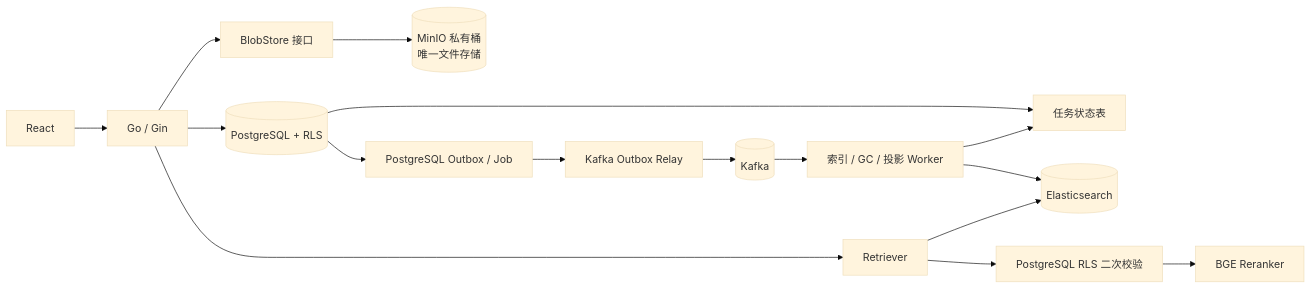
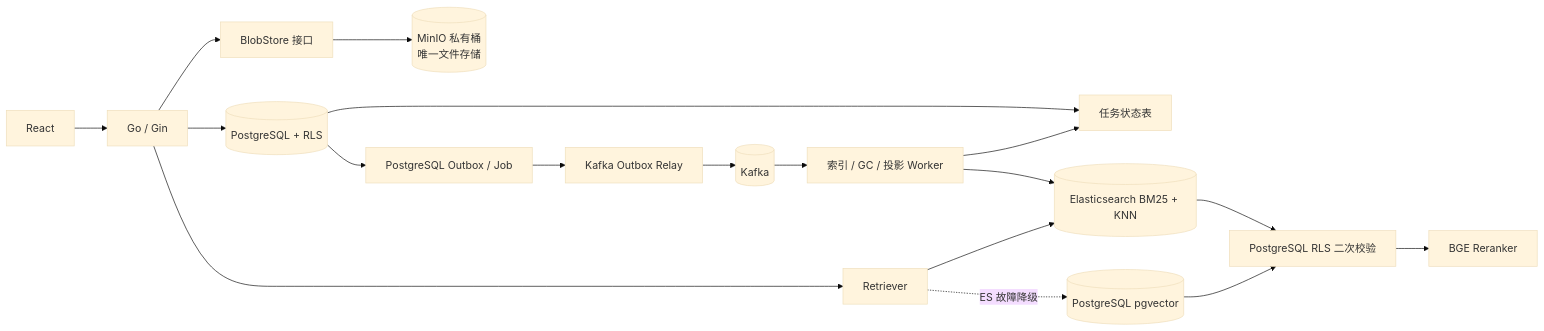
The diagram in docs/INFRASTRUCTURE_EVOLUTION.md (Diving-Di/Cortex), drawn with Mermaid (base theme) before and after one commit. The commit also changed other lines of this file and 14 other files, not shown here.

````diff
--- a/docs/INFRASTRUCTURE_EVOLUTION.md
+++ b/docs/INFRASTRUCTURE_EVOLUTION.md
@@ -30,20 +30,22 @@
 ```mermaid
 flowchart LR
     UI[React] --> API[Go / Gin]
     API --> PG[(PostgreSQL + RLS)]
     API --> BS[BlobStore 接口]
     BS --> MINIO[(MinIO 私有桶<br/>唯一文件存储)]
 
     PG --> OUTBOX[PostgreSQL Outbox / Job]
     PG --> JOBS[任务状态表]
     OUTBOX --> RELAY[Kafka Outbox Relay]
     RELAY --> KAFKA[(Kafka)]
     KAFKA --> WORKER[索引 / GC / 投影 Worker]
     WORKER --> JOBS
 
-    WORKER --> ES[(Elasticsearch)]
+    WORKER --> ES[(Elasticsearch BM25 + KNN)]
     API --> RETRIEVE[Retriever]
     RETRIEVE --> ES
-    RETRIEVE --> VALIDATE[PostgreSQL RLS 二次校验]
+    RETRIEVE -. ES 故障降级 .-> PGV[(PostgreSQL pgvector)]
+    ES --> VALIDATE[PostgreSQL RLS 二次校验]
+    PGV --> VALIDATE
     VALIDATE --> RERANK[BGE Reranker]
 ```
````
